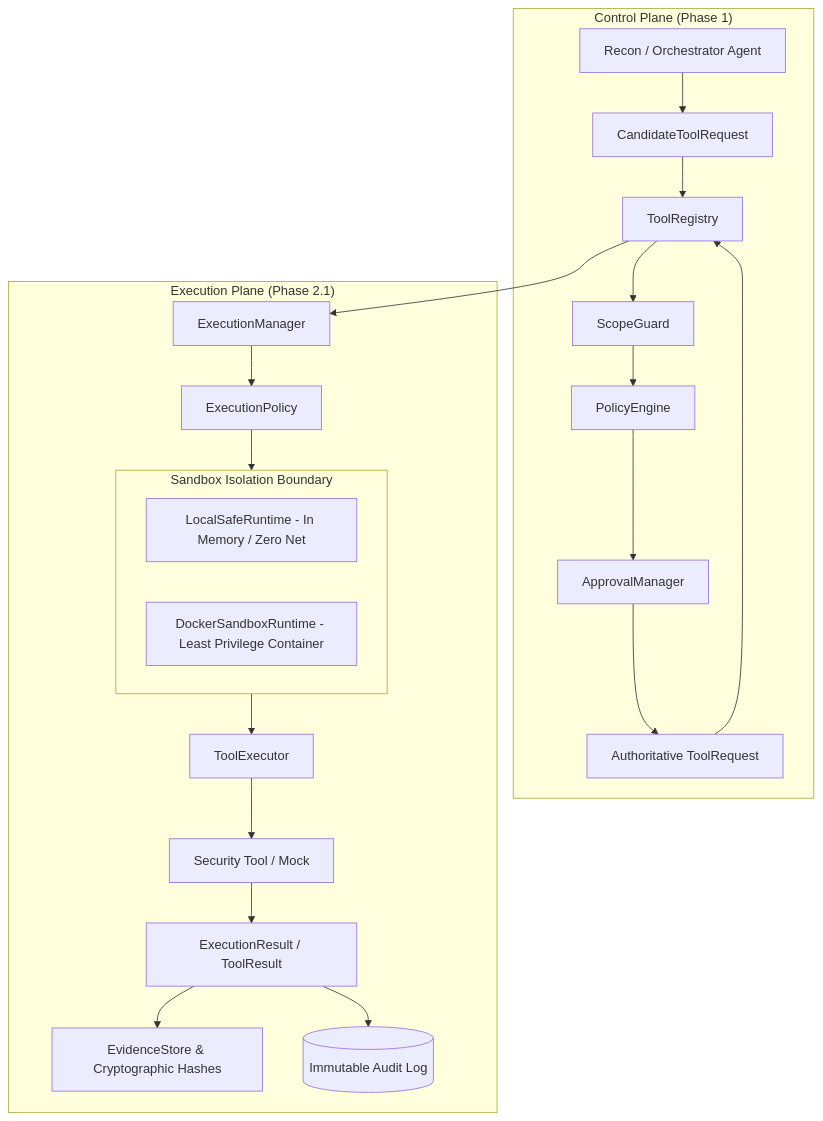
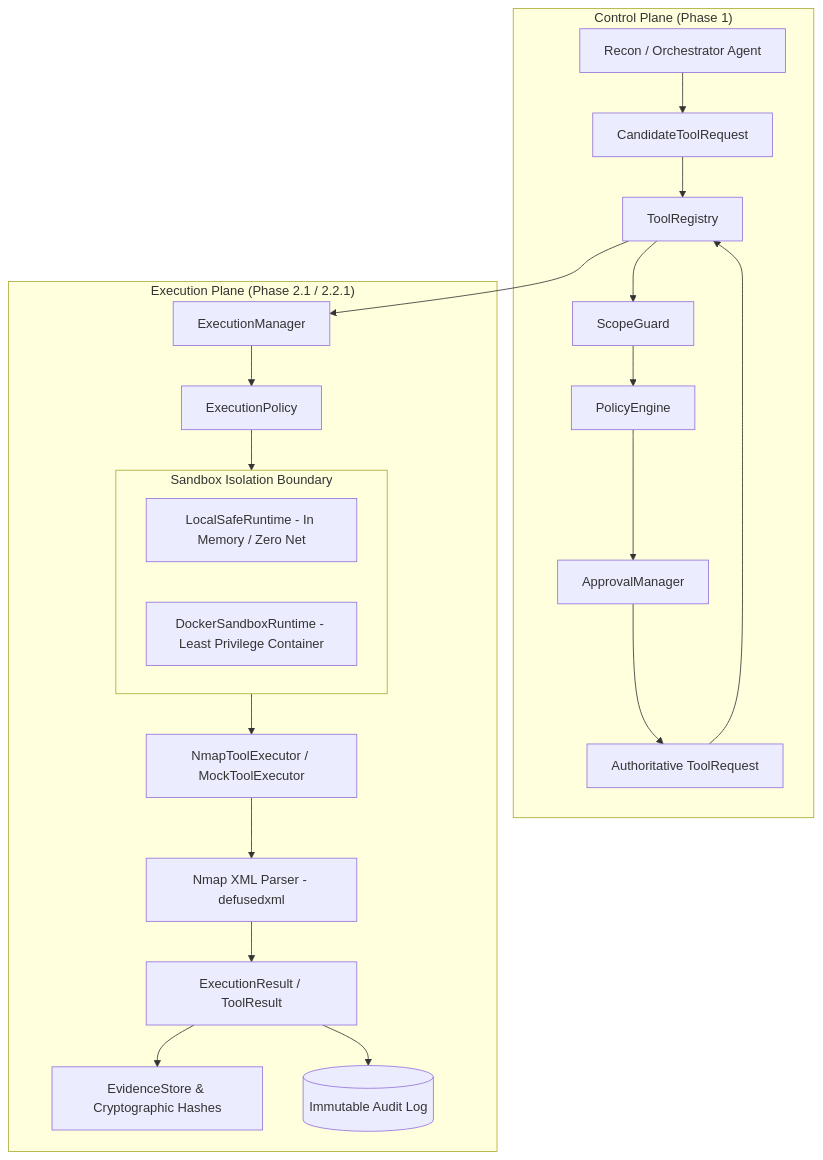
The diagram in docs/phases/phase-2.md (jivi001/ARKA), drawn with Mermaid before and after one commit. The commit also changed other lines of this file and 23 other files, not shown here.

Commit message:
2.2.1-implement secure tool registry, Nmap integration, and policy-driven execution framework

````diff
--- a/docs/phases/phase-2.md
+++ b/docs/phases/phase-2.md
@@ -11,44 +12,44 @@
 ```mermaid
 graph TD
     subgraph ControlPlane["Control Plane (Phase 1)"]
         Agent[Recon / Orchestrator Agent]
         Candidate[CandidateToolRequest]
         Registry[ToolRegistry]
         Scope[ScopeGuard]
         Policy[PolicyEngine]
         Approval[ApprovalManager]
         AuthReq[Authoritative ToolRequest]
     end
     
-    subgraph ExecutionPlane["Execution Plane (Phase 2.1)"]
+    subgraph ExecutionPlane["Execution Plane (Phase 2.1 / 2.2.1)"]
         ExecMgr[ExecutionManager]
         ExecPolicy[ExecutionPolicy]
         
         subgraph IsolationRuntimes["Sandbox Isolation Boundary"]
             LocalRT[LocalSafeRuntime - In Memory / Zero Net]
             DockerRT[DockerSandboxRuntime - Least Privilege Container]
         end
         
-        ToolExec[ToolExecutor]
-        SecTool[Security Tool / Mock]
+        ToolExec[NmapToolExecutor / MockToolExecutor]
+        NmapParser[Nmap XML Parser - defusedxml]
         ExecResult[ExecutionResult / ToolResult]
         Evidence[EvidenceStore & Cryptographic Hashes]
         AuditLog[(Immutable Audit Log)]
     end
     
     Agent --> Candidate
     Candidate --> Registry
     Registry --> Scope
     Scope --> Policy
     Policy --> Approval
     Approval --> AuthReq
     AuthReq --> Registry
     Registry --> ExecMgr
     ExecMgr --> ExecPolicy
     ExecPolicy --> IsolationRuntimes
     IsolationRuntimes --> ToolExec
-    ToolExec --> SecTool
-    SecTool --> ExecResult
+    ToolExec --> NmapParser
+    NmapParser --> ExecResult
     ExecResult --> Evidence
     ExecResult --> AuditLog
 ```
````
